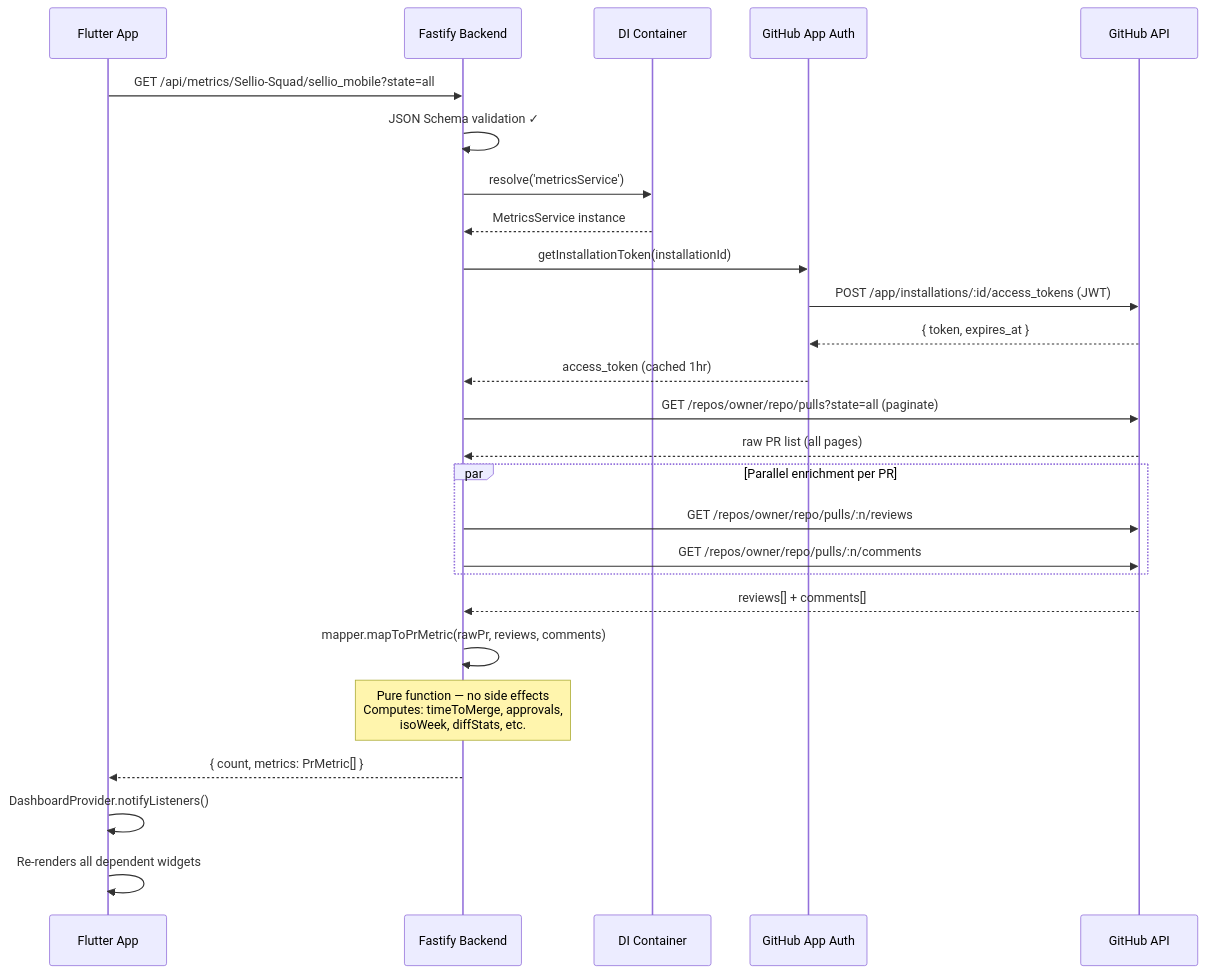
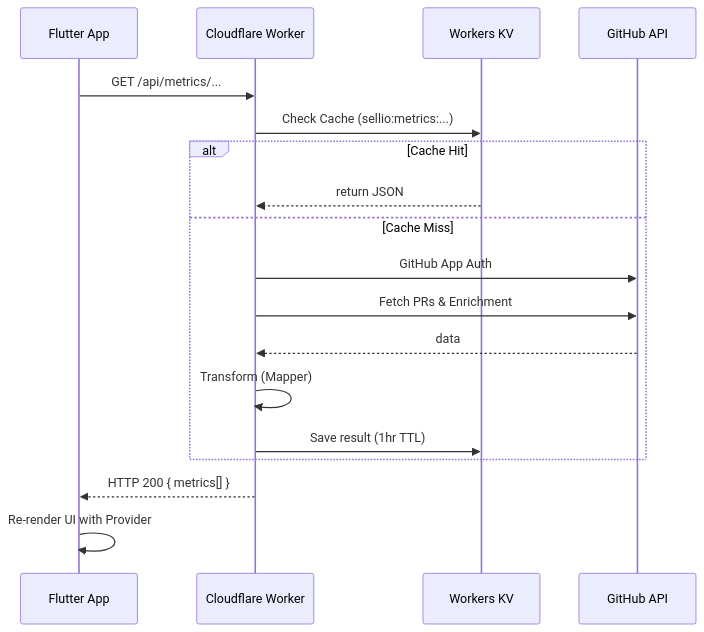
One commit to Sellio-Squad/sellio_metrics changed the third of 10 diagrams in ARCHITECTURE.md. Above: the diagram before and after it, drawn with Mermaid. The commit also changed other lines of this file and 11 other files, not shown here.

````diff
--- a/ARCHITECTURE.md
+++ b/ARCHITECTURE.md
@@ -85,34 +88,23 @@
 ```mermaid
 sequenceDiagram
     participant F as Flutter App
-    participant B as Fastify Backend
-    participant D as DI Container
-    participant A as GitHub App Auth
+    participant B as Cloudflare Worker
+    participant KV as Workers KV
     participant G as GitHub API
 
-    F->>B: GET /api/metrics/Sellio-Squad/sellio_mobile?state=all
-    B->>B: JSON Schema validation ✓
-    B->>D: resolve('metricsService')
-    D-->>B: MetricsService instance
+    F->>B: GET /api/metrics/...
+    B->>KV: Check Cache (sellio:metrics:...)
     
-    B->>A: getInstallationToken(installationId)
-    A->>G: POST /app/installations/:id/access_tokens (JWT)
-    G-->>A: { token, expires_at }
-    A-->>B: access_token (cached 1hr)
+    alt Cache Hit
+        KV-->>B: return JSON
+    else Cache Miss
+        B->>G: GitHub App Auth
+        B->>G: Fetch PRs & Enrichment
+        G-->>B: data
+        B->>B: Transform (Mapper)
+        B->>KV: Save result (1hr TTL)
+    end
 
-    B->>G: GET /repos/owner/repo/pulls?state=all (paginate)
-    G-->>B: raw PR list (all pages)
-
-    par Parallel enrichment per PR
-        B->>G: GET /repos/owner/repo/pulls/:n/reviews
-        B->>G: GET /repos/owner/repo/pulls/:n/comments
-    end
-    G-->>B: reviews[] + comments[]
-
-    B->>B: mapper.mapToPrMetric(rawPr, reviews, comments)
-    Note over B: Pure function — no side effects<br/>Computes: timeToMerge, approvals,<br/>isoWeek, diffStats, etc.
-
-    B-->>F: { count, metrics: PrMetric[] }
-    F->>F: DashboardProvider.notifyListeners()
-    F->>F: Re-renders all dependent widgets
+    B-->>F: HTTP 200 { metrics[] }
+    F->>F: Re-render UI with Provider
 ```
````
